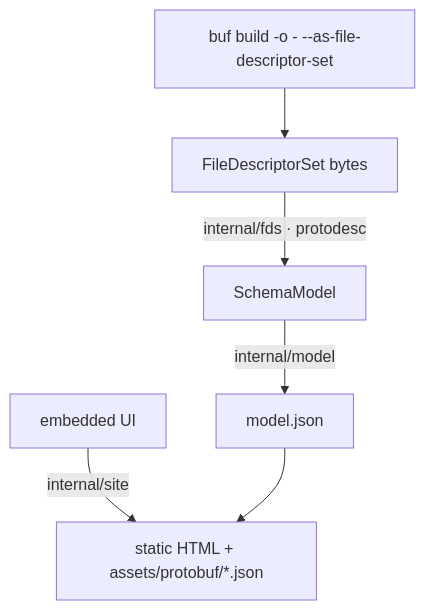
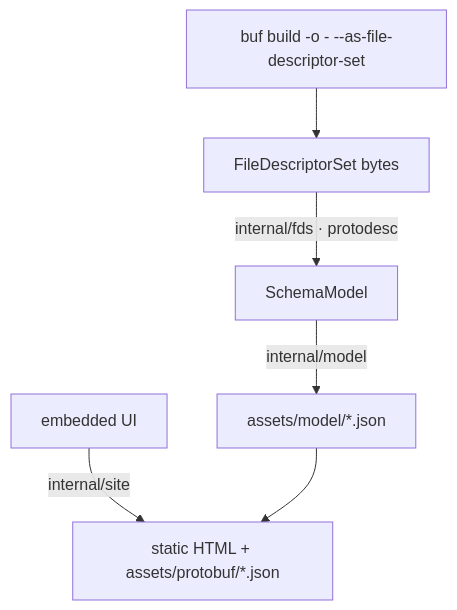
Before and after one commit to ymmt2005/pbschema-lens: the diagram in AGENTS.md, drawn with Mermaid. The commit also changed other lines of this file and 24 other files, not shown here.

````diff
--- a/AGENTS.md
+++ b/AGENTS.md
@@ -36,15 +36,15 @@
 ```mermaid
 flowchart TD
   buf["buf build -o - --as-file-descriptor-set"]
   fds["FileDescriptorSet bytes"]
   model["SchemaModel"]
-  json["model.json"]
+  json["assets/model/*.json"]
   ui["embedded UI"]
   out["static HTML + assets/protobuf/*.json"]
 
   buf --> fds
   fds -->|"internal/fds · protodesc"| model
   model -->|"internal/model"| json
   ui -->|"internal/site"| out
   json --> out
 ```
````
